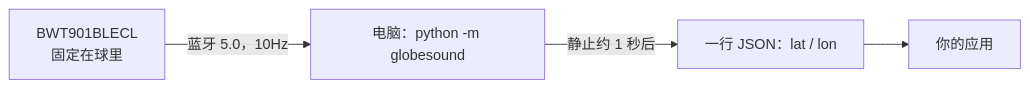
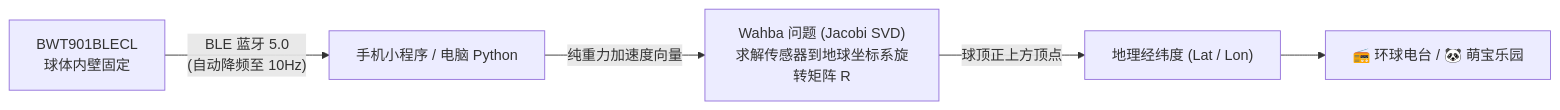
The diagram in README.md (iamsk/globesound), drawn with Mermaid before and after one commit. The commit also changed other lines of this file and 1 other file, not shown here.

````diff
--- a/README.md
+++ b/README.md
@@ -25,6 +59,7 @@
 ```mermaid
 flowchart LR
-  A["BWT901BLECL<br/>固定在球里"] -- "蓝牙 5.0，10Hz" --> B["电脑：python -m globesound"]
-  B -- "静止约 1 秒后" --> C["一行 JSON：lat / lon"]
-  C --> D["你的应用"]
+  A["BWT901BLECL<br/>球体内壁固定"] -- "BLE 蓝牙 5.0<br/>(自动降频至 10Hz)" --> B["手机小程序 / 电脑 Python"]
+  B -- "纯重力加速度向量" --> C["Wahba 问题 (Jacobi SVD)<br/>求解传感器到地球坐标系旋转矩阵 R"]
+  C -- "球顶正上方顶点" --> D["地理经纬度 (Lat / Lon)"]
+  D --> E["📻 环球电台 / 🐼 萌宝乐园"]
 ```
````
